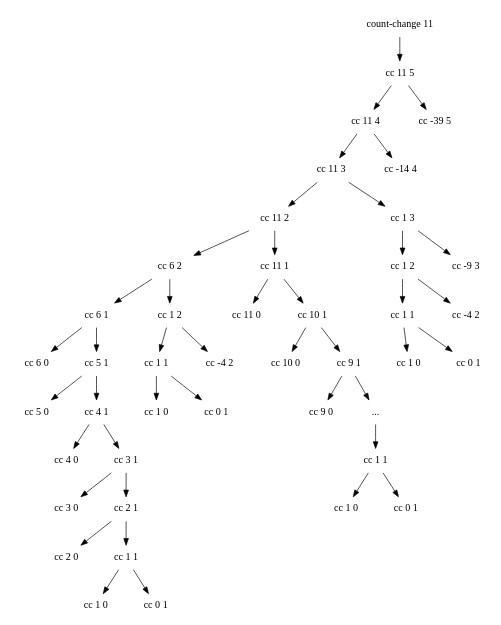
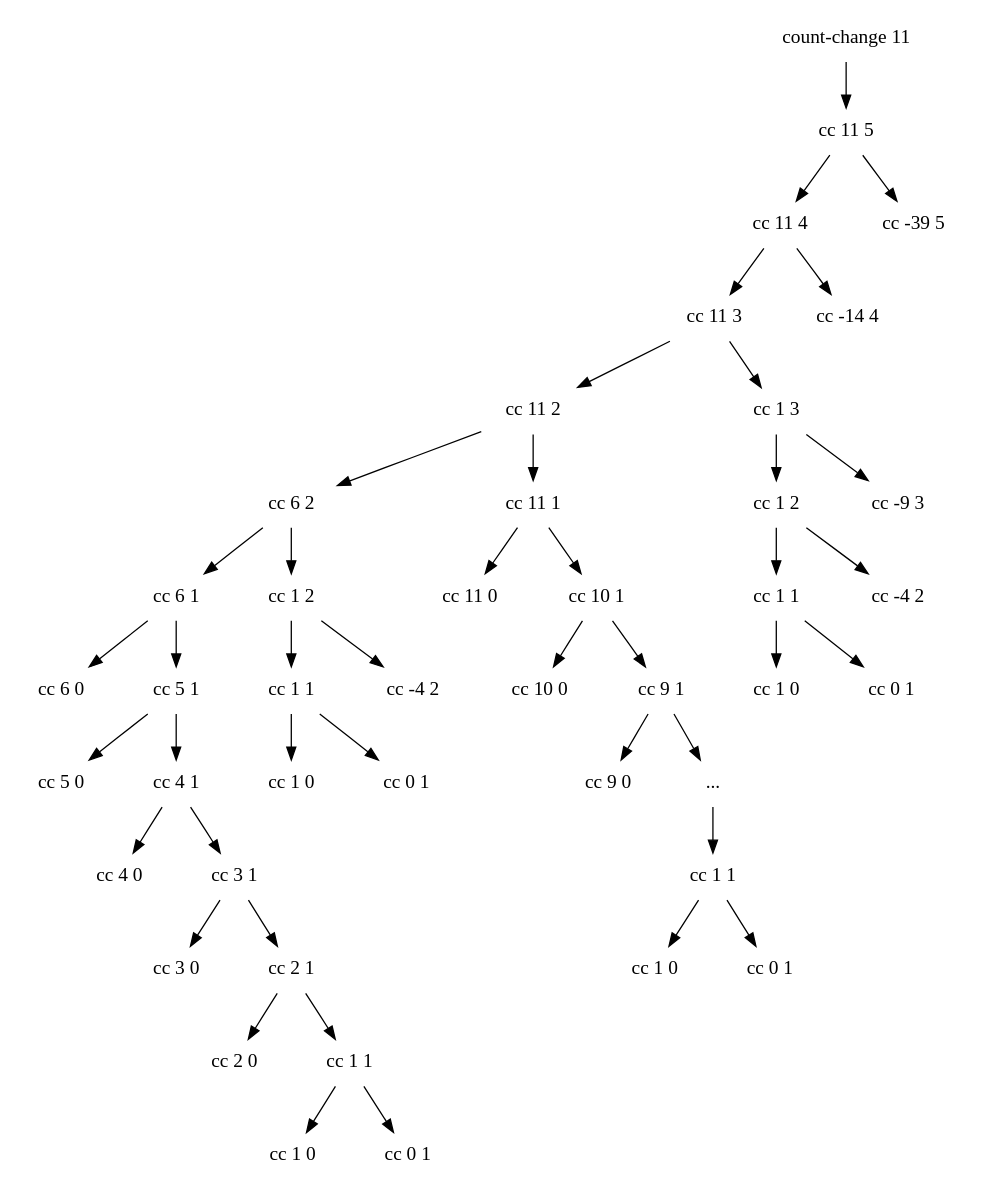
One commit to scjung/sicp changed the diagram in res/ch01-ex14.dot. Above: the diagram before and after it, drawn with Graphviz. The commit also changed 2 other files, not shown here.

```diff
--- a/res/ch01-ex14.dot
+++ b/res/ch01-ex14.dot
@@ -1,90 +1,90 @@
 digraph G {
-size="6.5,6.5";
-ratio="compress";
+// size="6.5,6.5";
+// ratio="compress";
 1 [label="count-change 11", shape="none", fontsize=15, fontname="Courier New Bold"];
 2 [label="cc 11 5", shape="none", fontsize=15, fontname="Courier New Bold"];
 21 [label="cc 11 4", shape="none", fontsize=15, fontname="Courier New Bold"];
 211 [label="cc 11 3", shape="none", fontsize=15, fontname="Courier New Bold"];
 2111 [label="cc 11 2", shape="none", fontsize=15, fontname="Courier New Bold"];
 21112 [label="cc 6 2", shape="none", fontsize=15, fontname="Courier New Bold"];
 211121 [label="cc 6 1", shape="none", fontsize=15, fontname="Courier New Bold"];
 2111211 [label="cc 6 0", shape="none", fontsize=15, fontname="Courier New Bold"];
 2111212 [label="cc 5 1", shape="none", fontsize=15, fontname="Courier New Bold"];
 21112121 [label="cc 5 0", shape="none", fontsize=15, fontname="Courier New Bold"];
 21112122 [label="cc 4 1", shape="none", fontsize=15, fontname="Courier New Bold"];
 2111212 -> 21112121;
 2111212 -> 21112122;
 211121221 [label="cc 4 0", shape="none", fontsize=15, fontname="Courier New Bold"];
 211121222 [label="cc 3 1", shape="none", fontsize=15, fontname="Courier New Bold"];
 21112122 -> 211121221;
 21112122 -> 211121222;
 2111212221 [label="cc 3 0", shape="none", fontsize=15, fontname="Courier New Bold"];
 2111212222 [label="cc 2 1", shape="none", fontsize=15, fontname="Courier New Bold"];
 211121222 -> 2111212221;
 211121222 -> 2111212222;
 21112122221 [label="cc 2 0", shape="none", fontsize=15, fontname="Courier New Bold"];
 21112122222 [label="cc 1 1", shape="none", fontsize=15, fontname="Courier New Bold"];
 2111212222 -> 21112122221;
 2111212222 -> 21112122222;
 211121222221 [label="cc 1 0", shape="none", fontsize=15, fontname="Courier New Bold"];
 211121222222 [label="cc 0 1", shape="none", fontsize=15, fontname="Courier New Bold"];
 21112122222 -> 211121222221;
 21112122222 -> 211121222222;
 
 211122 [label="cc 1 2", shape="none", fontsize=15, fontname="Courier New Bold"];
 2111221 [label="cc 1 1", shape="none", fontsize=15, fontname="Courier New Bold"];
 21112211 [label="cc 1 0", shape="none", fontsize=15, fontname="Courier New Bold"];
 21112212 [label="cc 0 1", shape="none", fontsize=15, fontname="Courier New Bold"];
 2111222 [label="cc -4 2", shape="none", fontsize=15, fontname="Courier New Bold"];
 211122 -> 2111221;
 211122 -> 2111222;
 2111221 -> 21112211;
 2111221 -> 21112212;
 2112 [label="cc 1 3", shape="none", fontsize=15, fontname="Courier New Bold"];
 21121 [label="cc 1 2", shape="none", fontsize=15, fontname="Courier New Bold"];
 211211 [label="cc 1 1", shape="none", fontsize=15, fontname="Courier New Bold"];
 2112111 [label="cc 1 0", shape="none", fontsize=15, fontname="Courier New Bold"];
 2112112 [label="cc 0 1", shape="none", fontsize=15, fontname="Courier New Bold"];
 211212 [label="cc -4 2", shape="none", fontsize=15, fontname="Courier New Bold"];
 21122 [label="cc -9 3", shape="none", fontsize=15, fontname="Courier New Bold"];
 212 [label="cc -14 4", shape="none", fontsize=15, fontname="Courier New Bold"];
 22 [label="cc -39 5", shape="none", fontsize=15, fontname="Courier New Bold"];
 21111 [label="cc 11 1", shape="none", fontsize=15, fontname="Courier New Bold"];
 211111 [label="cc 11 0", shape="none", fontsize=15, fontname="Courier New Bold"];
 211112 [label="cc 10 1", shape="none", fontsize=15, fontname="Courier New Bold"];
 2111121 [label="cc 10 0", shape="none", fontsize=15, fontname="Courier New Bold"];
 2111122 [label="cc 9 1", shape="none", fontsize=15, fontname="Courier New Bold"];
 21111221 [label="cc 9 0", shape="none", fontsize=15, fontname="Courier New Bold"];
 21111222 [label="...", shape="none", fontsize=15, fontname="Courier New Bold"];
 211112221 [label="cc 1 1", shape="none", fontsize=15, fontname="Courier New Bold"];
 2111122211 [label="cc 1 0", shape="none", fontsize=15, fontname="Courier New Bold"];
 2111122212 [label="cc 0 1", shape="none", fontsize=15, fontname="Courier New Bold"];
 2111122 -> 21111221;
 2111122 -> 21111222;
 21111222 -> 211112221;
 211112221 -> 2111122211;
 211112221 -> 2111122212;
 211211 -> 2112111;
 211211 -> 2112112;
 21112 -> 211121;
 21112 -> 211122;
 211121 -> 2111211;
 211121 -> 2111212;
 1 -> 2;
 2 -> 21;
 2 -> 22;
 21 -> 211;
 21 -> 212;
 211 -> 2111;
 211 -> 2112;
 2112 -> 21121;
 2112 -> 21122;
 2111 -> 21111;
 2111 -> 21112;
 21111 -> 211111;
 21111 -> 211112;
 211112 -> 2111121;
 211112 -> 2111122;
 21121 -> 211211;
 21121 -> 211212;
 }
```
